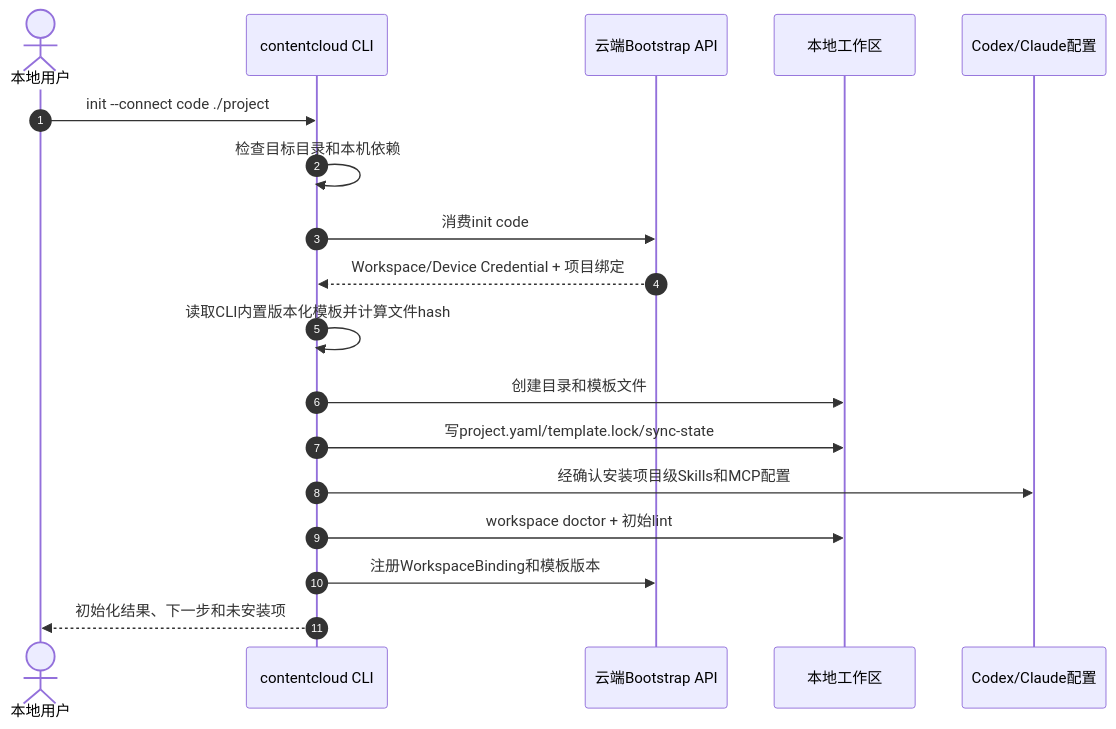
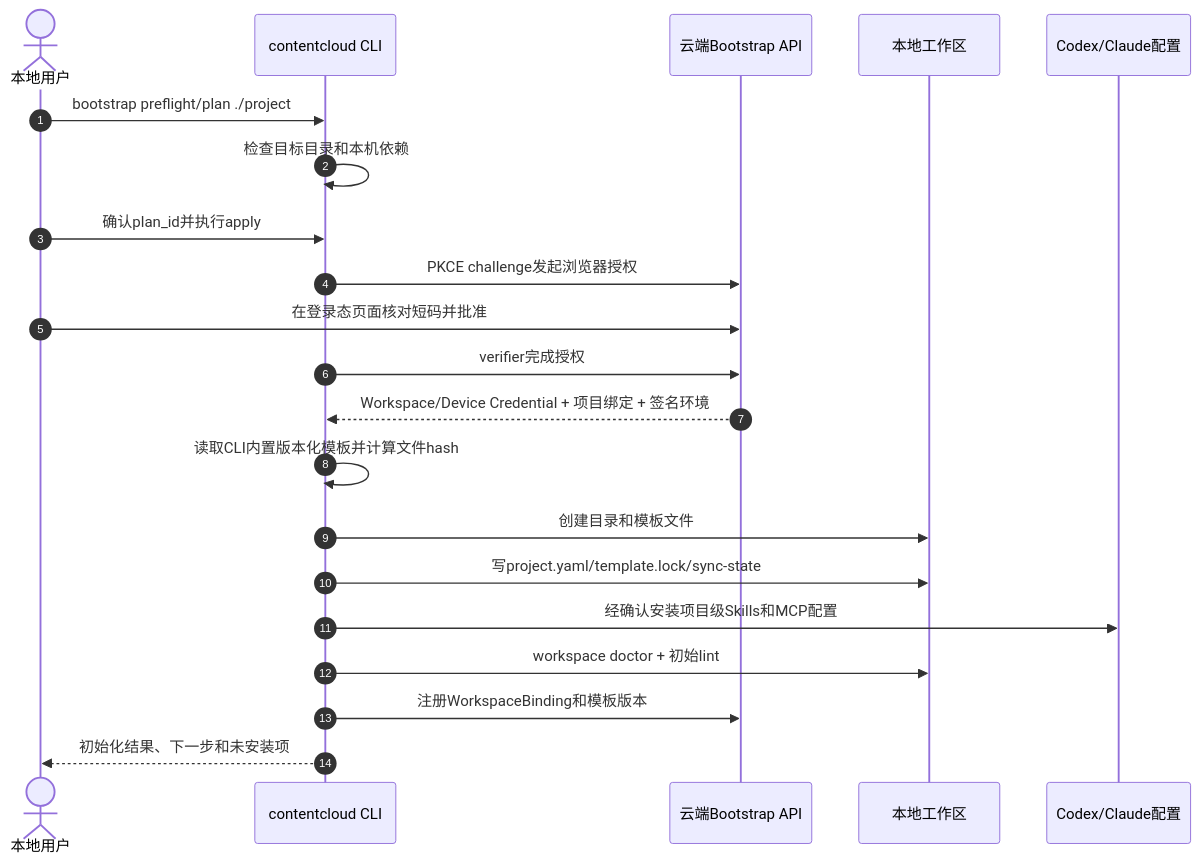
One commit to limecloud/contentcloud changed the first of 2 diagrams in docs/roadmap/v2/06-local-workspace-and-publishing.md. Above: the diagram before and after it, drawn with Mermaid. The commit also changed other lines of this file and 81 other files, not shown here.

````diff
--- a/docs/roadmap/v2/06-local-workspace-and-publishing.md
+++ b/docs/roadmap/v2/06-local-workspace-and-publishing.md
@@ -38,21 +34,24 @@
 ```mermaid
 sequenceDiagram
     autonumber
     actor U as 本地用户
     participant CLI as contentcloud CLI
     participant API as 云端Bootstrap API
     participant FS as 本地工作区
     participant Agent as Codex/Claude配置
 
-    U->>CLI: init --connect code ./project
+    U->>CLI: bootstrap preflight/plan ./project
     CLI->>CLI: 检查目标目录和本机依赖
-    CLI->>API: 消费init code
-    API-->>CLI: Workspace/Device Credential + 项目绑定
+    U->>CLI: 确认plan_id并执行apply
+    CLI->>API: PKCE challenge发起浏览器授权
+    U->>API: 在登录态页面核对短码并批准
+    CLI->>API: verifier完成授权
+    API-->>CLI: Workspace/Device Credential + 项目绑定 + 签名环境
     CLI->>CLI: 读取CLI内置版本化模板并计算文件hash
     CLI->>FS: 创建目录和模板文件
     CLI->>FS: 写project.yaml/template.lock/sync-state
     CLI->>Agent: 经确认安装项目级Skills和MCP配置
     CLI->>FS: workspace doctor + 初始lint
     CLI->>API: 注册WorkspaceBinding和模板版本
     CLI-->>U: 初始化结果、下一步和未安装项
 ```
````
